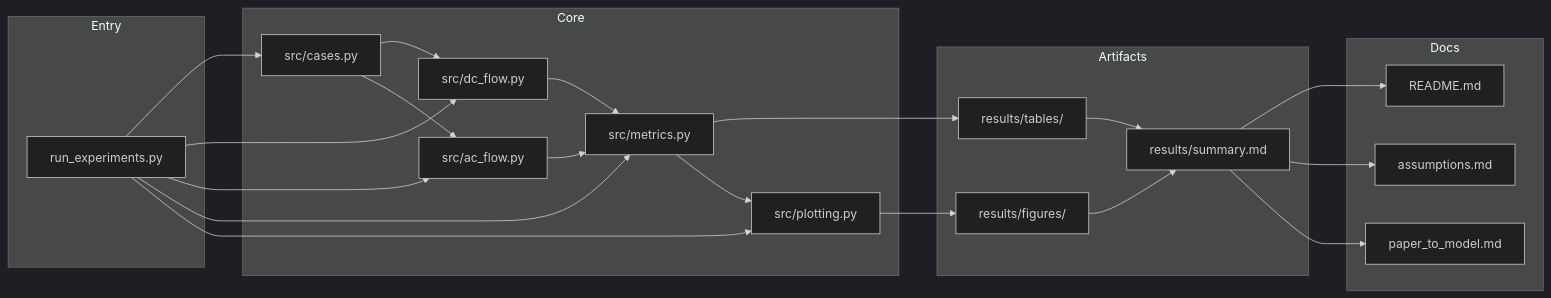
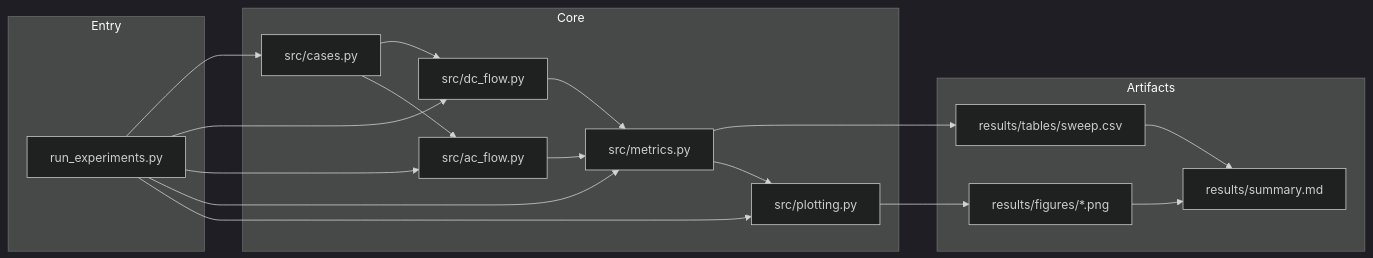
One commit to JustinUssuri/demo3-model-reproduction changed the second of 2 diagrams in notes/Architecture.md. Above: the diagram before and after it, drawn with Mermaid (dark theme). The commit also changed other lines of this file and 17 other files, not shown here.

````diff
--- a/notes/Architecture.md
+++ b/notes/Architecture.md
@@ -34,45 +27,36 @@
 ```mermaid
 flowchart LR
   subgraph Entry
     CLI[run_experiments.py]
   end
 
   subgraph Core
     CASES[src/cases.py]
     DC[src/dc_flow.py]
     AC[src/ac_flow.py]
     MET[src/metrics.py]
     PLOT[src/plotting.py]
   end
 
   subgraph Artifacts
-    TBL[results/tables/]
-    FIG[results/figures/]
+    TBL[results/tables/sweep.csv]
+    FIG[results/figures/*.png]
     SUM[results/summary.md]
-  end
-
-  subgraph Docs
-    R[README.md]
-    A[assumptions.md]
-    P[paper_to_model.md]
   end
 
   CLI --> CASES
   CLI --> DC
   CLI --> AC
   CLI --> MET
   CLI --> PLOT
 
   CASES --> DC
   CASES --> AC
   DC --> MET
   AC --> MET
   MET --> TBL
   MET --> PLOT
   PLOT --> FIG
   TBL --> SUM
   FIG --> SUM
-  SUM --> R
-  SUM --> A
-  SUM --> P
 ```
````
